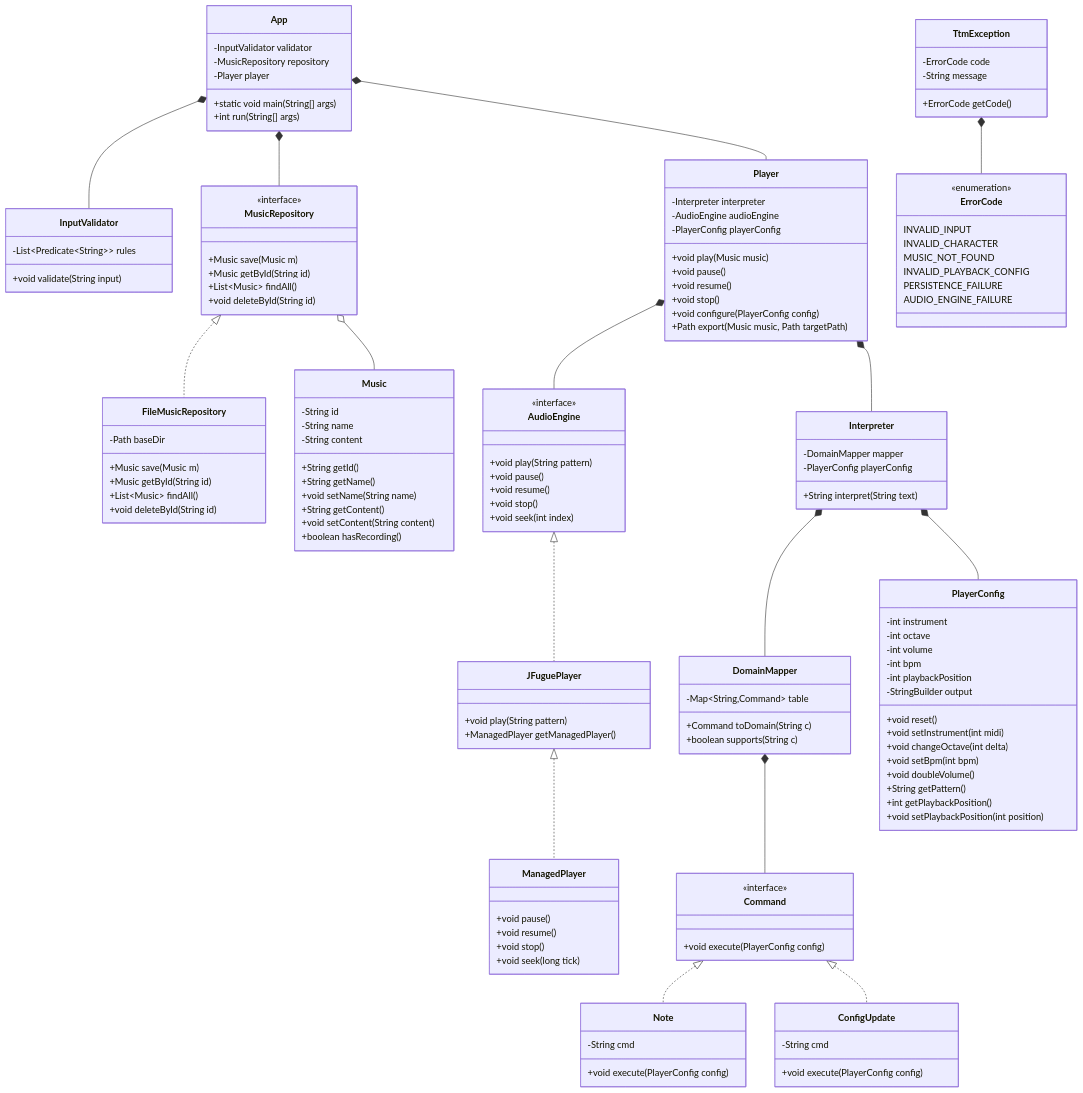
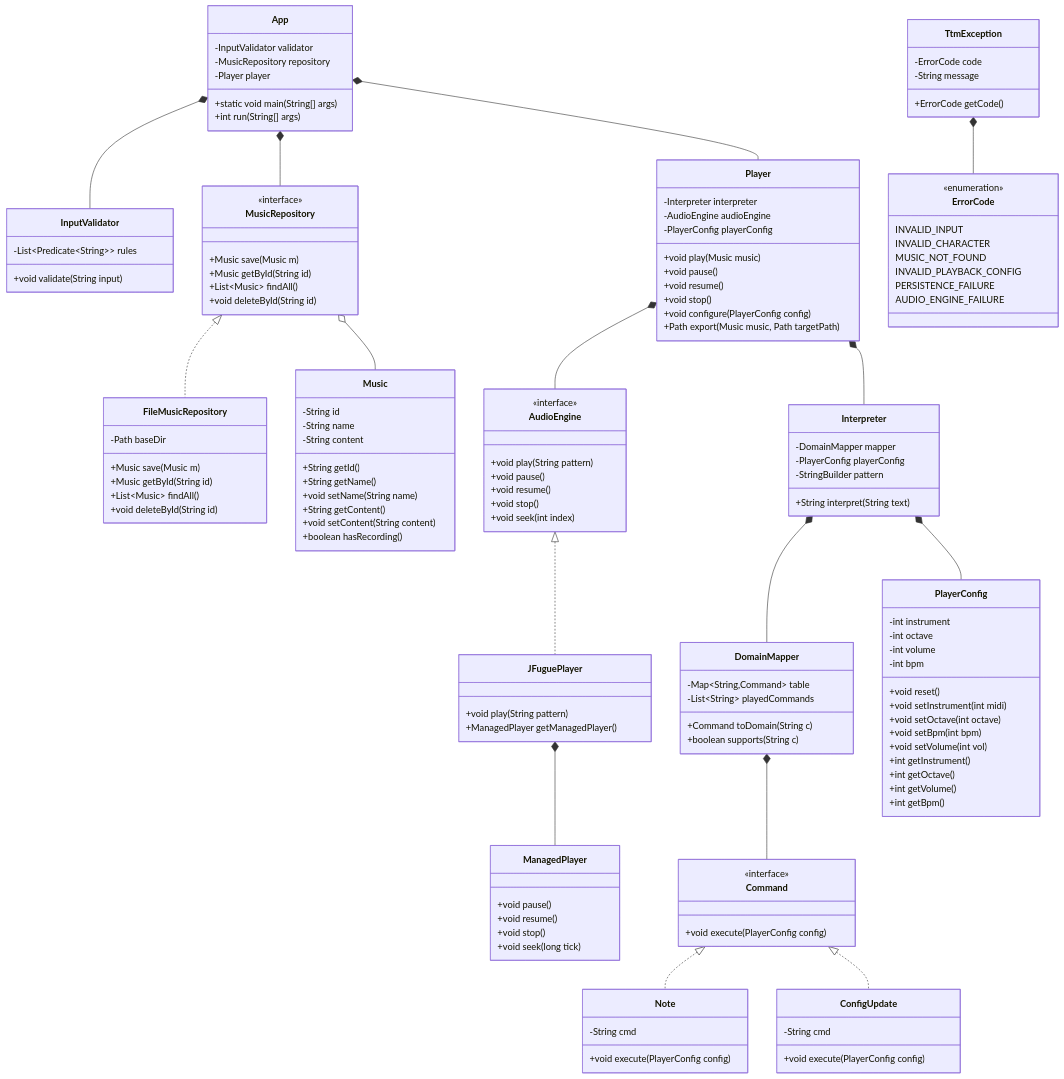
One commit to ExtremeNoHorse/inf01120-dev-sw changed the diagram in design/diagram.mmd. Above: the diagram before and after it, drawn with Mermaid.

Commit message:
updt diagram

```diff
--- a/design/diagram.mmd
+++ b/design/diagram.mmd
@@ -1,176 +1,176 @@
 ---
 config:
   theme: default
 ---
 %% TTM - Diagrama refatorado (Fase 1)
 %% Original preservado em classes/diagram.mmd.
 %%
 %% Mudancas vs original (motivadas pelos resumos R01/R02/R03/Cap5-OOSC):
 %%   1. Menu vira App (unica classe UI/composition root; CLI hoje, GUI depois).
 %%   2. Interpreter dividido: Interpreter (char->pattern) + Player (executa).
 %%   3. AudioEngine interface esconde JFugue (info hiding R02) e expoe exportMidi.
 %%   4. MusicRepository vira interface; FileMusicRepository usa java.nio direto.
 %%   5. Command.execute(PlayerConfig) - sem acoplamento reverso.
 %%   6. TtmException + ErrorCode substituem varios exception types.
 %%   7. PlaybackListener = Consumer<Integer> do JDK (sem interface propria).
 %%   8. PlaybackParameters vira constantes em PlayerConfig.
 %%   9. Terminologia: Music (mockup) substitui Session.
 
 classDiagram
     App *-- InputValidator
     App *-- MusicRepository
     App *-- Player
 
     MusicRepository <|.. FileMusicRepository
     MusicRepository o-- Music
 
     Player *-- Interpreter
     Player *-- AudioEngine
-    JFuguePlayer <|.. ManagedPlayer
+    JFuguePlayer *-- ManagedPlayer
     AudioEngine <|.. JFuguePlayer
 
     Interpreter *-- DomainMapper
     Interpreter *-- PlayerConfig
 
     DomainMapper *-- Command
     Command <|.. Note
     Command <|.. ConfigUpdate
 
     TtmException *-- ErrorCode
 
     class App {
         -InputValidator validator
         -MusicRepository repository
         -Player player
         +static void main(String[] args)
         +int run(String[] args)
     }
 
     class InputValidator {
         -List~Predicate~String~~ rules
         +void validate(String input)
     }
 
     class MusicRepository {
         <<interface>>
         +Music save(Music m)
         +Music getById(String id)
         +List~Music~ findAll()
         +void deleteById(String id)
     }
 
     class FileMusicRepository {
         -Path baseDir
         +Music save(Music m)
         +Music getById(String id)
         +List~Music~ findAll()
         +void deleteById(String id)
     }
 
     class Music {
         -String id
         -String name
         -String content
         +String getId()
         +String getName()
         +void setName(String name)
         +String getContent()
         +void setContent(String content)
         +boolean hasRecording()
     }
 
     class Player {
         -Interpreter interpreter
         -AudioEngine audioEngine
         -PlayerConfig playerConfig
         %% Caso o Pimenta comente sobre eventos
         %% -Consumer~Integer~ onCharPlayed
         +void play(Music music)
         +void pause()
         +void resume()
         +void stop()
         +void configure(PlayerConfig config)
         +Path export(Music music, Path targetPath)
         %% +void onCharPlayed(Consumer~Integer~ listener)
     }
 
     class Interpreter {
         -DomainMapper mapper
         -PlayerConfig playerConfig
+        -StringBuilder pattern
         +String interpret(String text)
     }
 
     class DomainMapper {
         -Map~String,Command~ table
+        -List~String~ playedCommands
         +Command toDomain(String c)
         +boolean supports(String c)
     }
 
     class Command {
         <<interface>>
         +void execute(PlayerConfig config)
     }
 
     class Note {
         -String cmd
         +void execute(PlayerConfig config)
     }
 
     class ConfigUpdate {
         -String cmd
         +void execute(PlayerConfig config)
     }
 
     class PlayerConfig {
         -int instrument
         -int octave
         -int volume
         -int bpm
-        -int playbackPosition
-        -StringBuilder output
         +void reset()
         +void setInstrument(int midi)
-        +void changeOctave(int delta)
+        +void setOctave(int octave)
         +void setBpm(int bpm)
-        +void doubleVolume()
-        +String getPattern()
-        +int getPlaybackPosition()
-        +void setPlaybackPosition(int position)
+        +void setVolume(int vol)
+        +int getInstrument()
+        +int getOctave()
+        +int getVolume()
+        +int getBpm()
     }
-
     class AudioEngine {
         <<interface>>
         +void play(String pattern)
         +void pause()
         +void resume()
         +void stop()
         +void seek(int index)
     }
 
     class JFuguePlayer {
         +void play(String pattern)
         +ManagedPlayer getManagedPlayer()
     }
 
     class ManagedPlayer {
         +void pause()
         +void resume()
         +void stop()
         +void seek(long tick)
     }
 
     class TtmException {
         -ErrorCode code
         -String message
         +ErrorCode getCode()
     }
 
     class ErrorCode {
         <<enumeration>>
         INVALID_INPUT
         INVALID_CHARACTER
         MUSIC_NOT_FOUND
         INVALID_PLAYBACK_CONFIG
         PERSISTENCE_FAILURE
         AUDIO_ENGINE_FAILURE
     }
```
